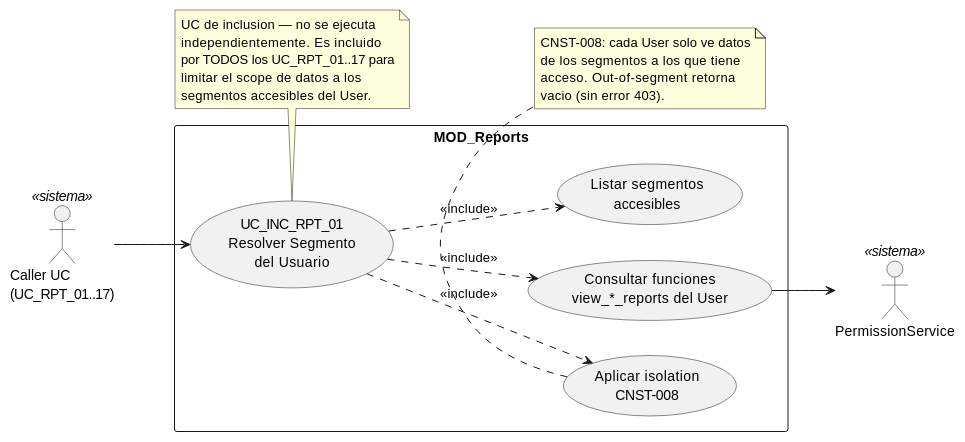
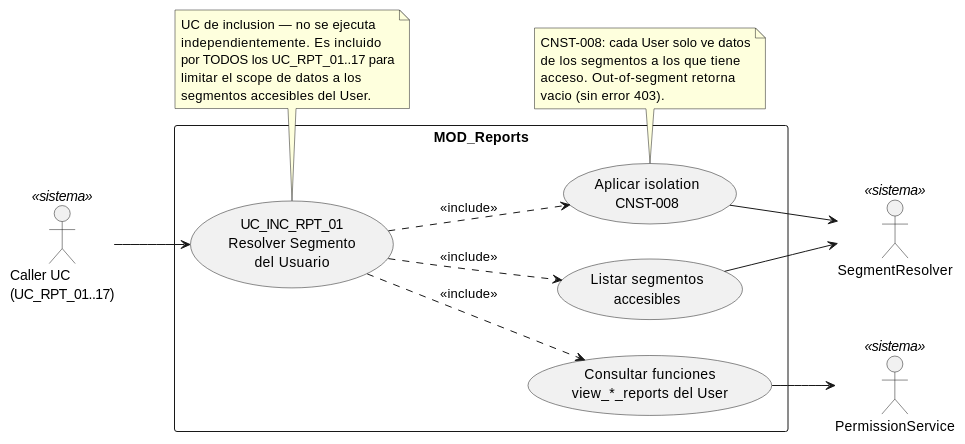
The diagram in source/requisitos/casos-uso/reports/uc-inc-rpt-01/diagramas-uml/diagrama-de-caso-de-uso.rst (jcg-admin/IACT-docs), drawn with PlantUML before and after one commit. The commit also changed other lines of this file and 52 other files, not shown here.

```diff
--- a/source/requisitos/casos-uso/reports/uc-inc-rpt-01/diagramas-uml/diagrama-de-caso-de-uso.rst
+++ b/source/requisitos/casos-uso/reports/uc-inc-rpt-01/diagramas-uml/diagrama-de-caso-de-uso.rst
@@ -4,41 +4,44 @@
 .. uml::
  :caption: UC_INC_RPT_01 — UC de inclusion (segment resolver)
 
  @startuml
 
  left to right direction
 
  actor "Caller UC\n(UC_RPT_01..17)" as CALLER_UC <<sistema>>
- actor "PermissionService" as PERM <<sistema>>
+ actor "PermissionService" as PS <<sistema>>
+ actor "SegmentResolver" as SR <<sistema>>
 
  rectangle "MOD_Reports" {
    usecase "UC_INC_RPT_01\nResolver Segmento\ndel Usuario" as UC_INC_RPT_01
    usecase "Consultar funciones\nview_*_reports del User" as CONSULTAR
    usecase "Listar segmentos\naccesibles" as LISTAR
    usecase "Aplicar isolation\nCNST-008" as ISOLATION
  }
 
  CALLER_UC --> UC_INC_RPT_01
 
  UC_INC_RPT_01 ..> CONSULTAR : <<include>>
  UC_INC_RPT_01 ..> LISTAR : <<include>>
  UC_INC_RPT_01 ..> ISOLATION : <<include>>
 
- CONSULTAR --> PERM
+ CONSULTAR --> PS
+ LISTAR --> SR
+ ISOLATION --> SR
 
  note bottom of UC_INC_RPT_01
    UC de inclusion — no se ejecuta
    independientemente. Es incluido
    por TODOS los UC_RPT_01..17 para
    limitar el scope de datos a los
    segmentos accesibles del User.
  end note
 
  note bottom of ISOLATION
    CNST-008: cada User solo ve datos
    de los segmentos a los que tiene
    acceso. Out-of-segment retorna
    vacio (sin error 403).
  end note
 
  @enduml
```
